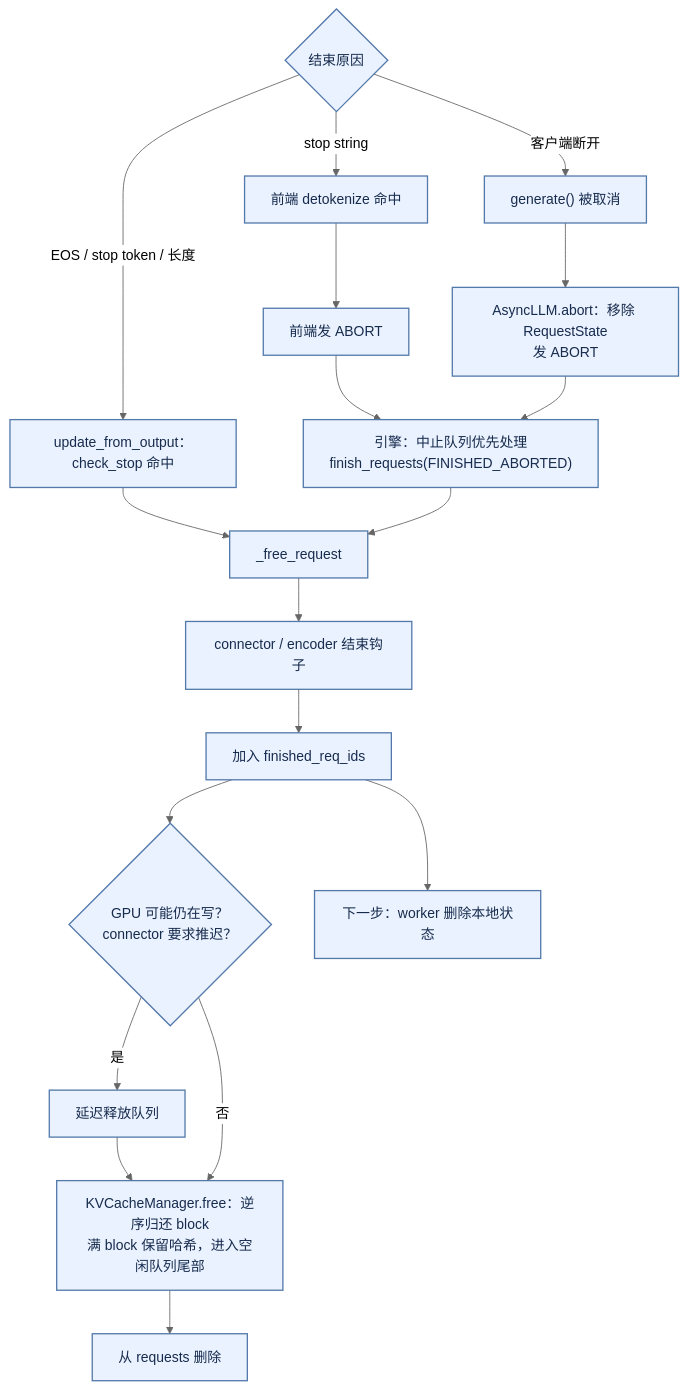
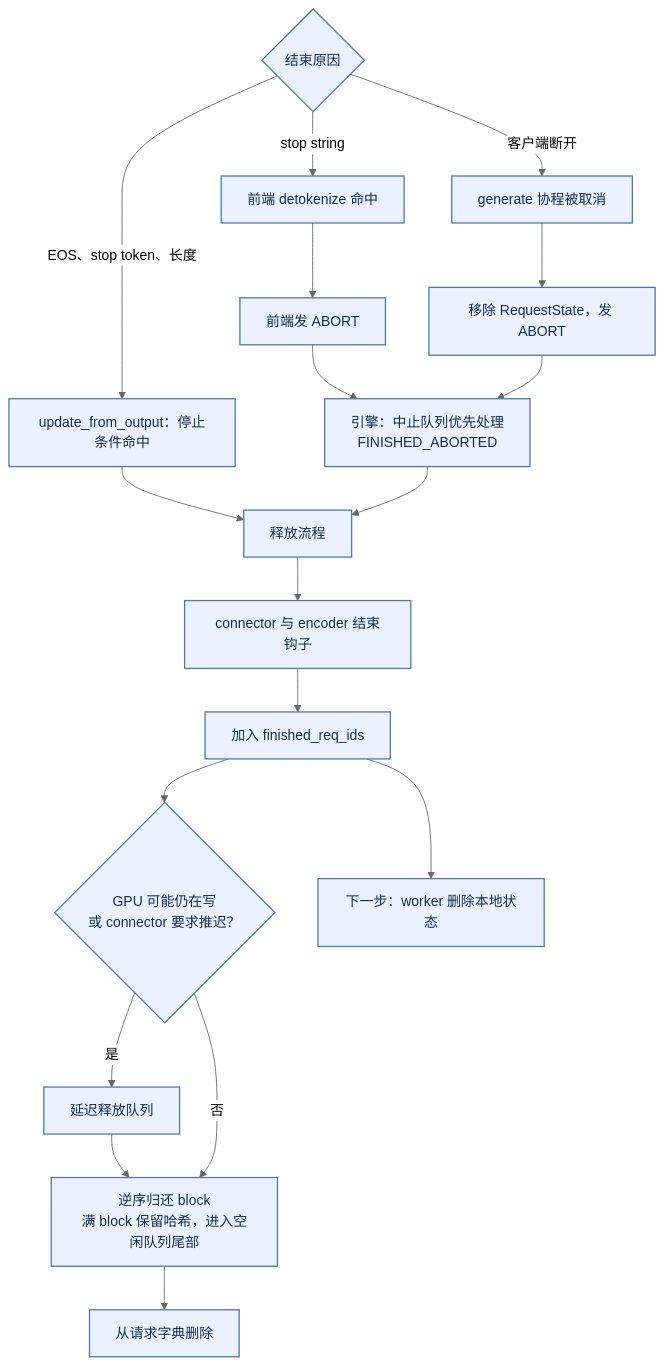
Before and after one commit to wxquare/wxquare.github.io: diagram 12 of 18 in books/ai-book/src/part2/03-inference.md, drawn with Mermaid (neutral theme). The commit also changed other lines of this file and 4 other files, not shown here.

````diff
--- a/books/ai-book/src/part2/03-inference.md
+++ b/books/ai-book/src/part2/03-inference.md
@@ -1552,18 +662,18 @@
 ```mermaid
 flowchart TD
-    A{"结束原因"} -->|"EOS / stop token / 长度"| B["update_from_output：check_stop 命中"]
+    A{"结束原因"} -->|"EOS、stop token、长度"| B["update_from_output：停止条件命中"]
     A -->|"stop string"| C["前端 detokenize 命中"] --> C2["前端发 ABORT"]
-    A -->|"客户端断开"| D["generate() 被取消"] --> D2["AsyncLLM.abort：移除 RequestState<br/>发 ABORT"]
-    C2 --> E["引擎：中止队列优先处理<br/>finish_requests(FINISHED_ABORTED)"]
+    A -->|"客户端断开"| D["generate 协程被取消"] --> D2["移除 RequestState，发 ABORT"]
+    C2 --> E["引擎：中止队列优先处理<br/>FINISHED_ABORTED"]
     D2 --> E
-    B --> F["_free_request"]
+    B --> F["释放流程"]
     E --> F
-    F --> G["connector / encoder 结束钩子"]
+    F --> G["connector 与 encoder 结束钩子"]
     G --> H["加入 finished_req_ids"]
-    H --> I{"GPU 可能仍在写？<br/>connector 要求推迟？"}
+    H --> I{"GPU 可能仍在写<br/>或 connector 要求推迟？"}
     I -- 是 --> J["延迟释放队列"] --> K
-    I -- 否 --> K["KVCacheManager.free：逆序归还 block<br/>满 block 保留哈希，进入空闲队列尾部"]
-    K --> L["从 requests 删除"]
+    I -- 否 --> K["逆序归还 block<br/>满 block 保留哈希，进入空闲队列尾部"]
+    K --> L["从请求字典删除"]
     H --> M["下一步：worker 删除本地状态"]
     classDef default fill:#eaf2ff,stroke:#5279aa,stroke-width:1.5px,color:#172b4d;
 ```
````
